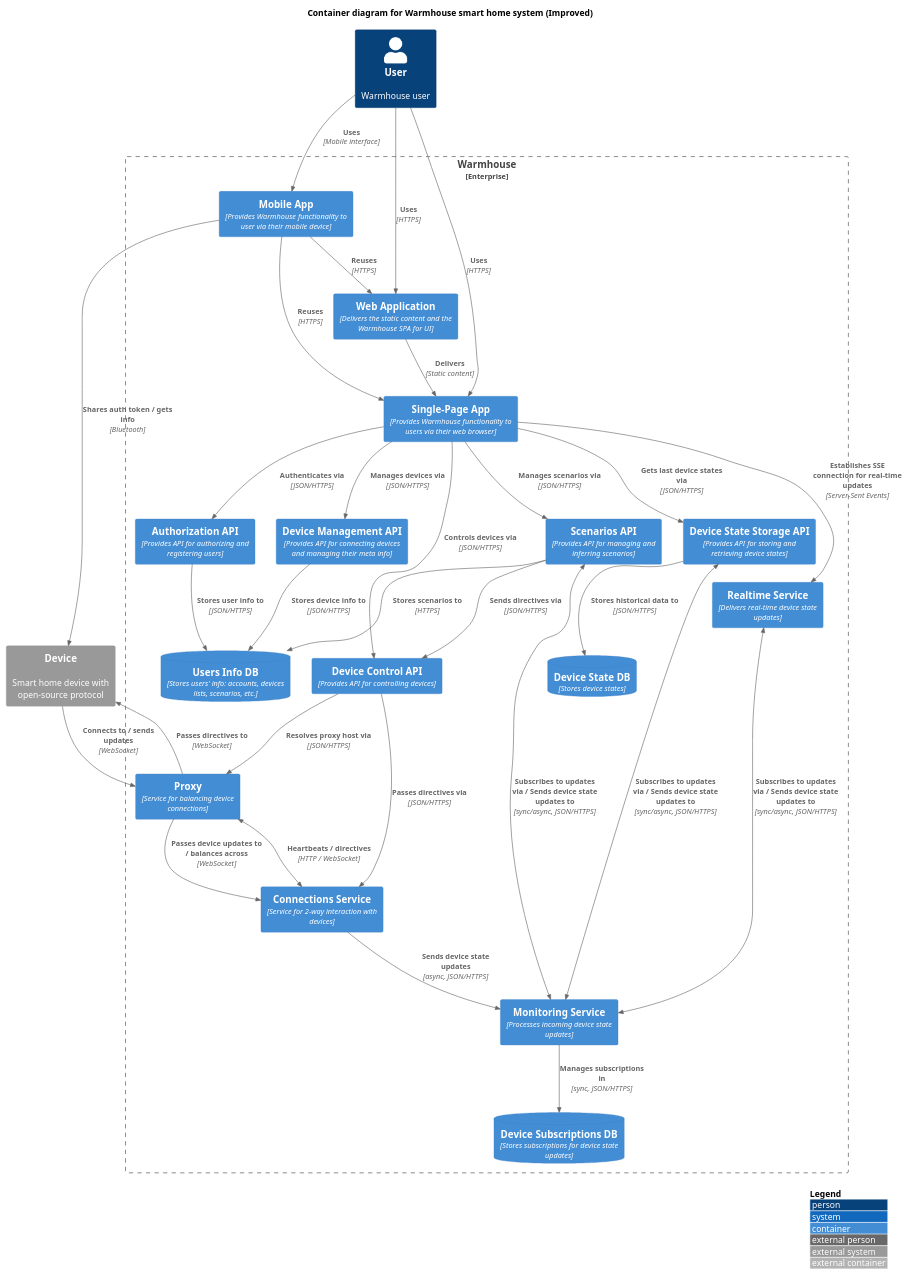
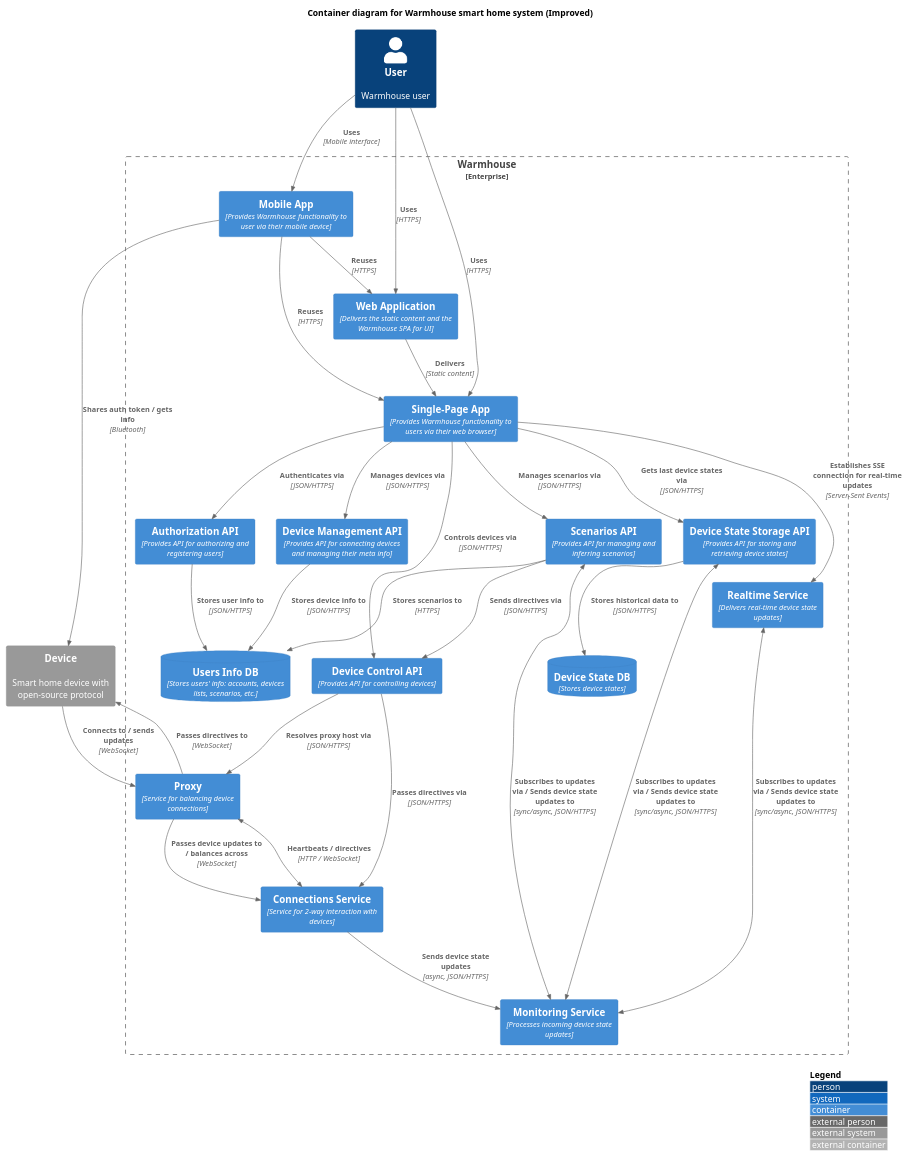
One commit to regu1yar/p1-architecture-warmhouse changed the diagram in diagrams/container/Container.puml. Above: the diagram before and after it, drawn with PlantUML. The commit also changed 9 other files, not shown here.

Commit message:
Generated component diagrams

```diff
--- a/diagrams/container/Container.puml
+++ b/diagrams/container/Container.puml
@@ -1,81 +1,78 @@
 @startuml "Container"
 
 ' !include https://raw.githubusercontent.com/plantuml-stdlib/C4-PlantUML/master/C4_Container.puml
 !include ../common/C4_Container.puml
 
 LAYOUT_WITH_LEGEND()
 
 title Container diagram for Warmhouse smart home system (Improved)
 
 Person(user, "User", "Warmhouse user")
 
 System_Ext(device, "Device", "Smart home device with open-source protocol")
 
 Enterprise_Boundary(warmhouse_boundary, "Warmhouse") {
     Container(warmhouse_mobile_app, "Mobile App", "Provides Warmhouse functionality to user via their mobile device")
     Container(warmhouse_web_app, "Web Application", "Delivers the static content and the Warmhouse SPA for UI")
     Container(warmhouse_spa, "Single-Page App", "Provides Warmhouse functionality to users via their web browser")
     
     Container(warmhouse_proxy_service, "Proxy", "Service for balancing device connections")
     Container(warmhouse_connections_service, "Connections Service", "Service for 2-way interaction with devices")
     
     Container(warmhouse_device_control_backend_api, "Device Control API", "Provides API for controlling devices")
     Container(warmhouse_scenarios_backend_api, "Scenarios API", "Provides API for managing and inferring scenarios")
     Container(warmhouse_authorization_backend_api, "Authorization API", "Provides API for authorizing and registering users")
     Container(warmhouse_device_management_backend_api, "Device Management API", "Provides API for connecting devices and managing their meta info")
 
     ContainerDb(warmhouse_users_info_db, "Users Info DB", "Stores users' info: accounts, devices lists, scenarios, etc.")
 
     Container(warmhouse_monitoring_service, "Monitoring Service", "Processes incoming device state updates")
-    ContainerDb(device_subscriptions_db, "Device Subscriptions DB", "Stores subscriptions for device state updates")
     
     Container(warmhouse_device_state_storage_backend_api, "Device State Storage API", "Provides API for storing and retrieving device states")
     ContainerDb(warmhouse_device_state_db, "Device State DB", "Stores device states")
     
     Container(warmhouse_realtime_service, "Realtime Service", "Delivers real-time device state updates")
 }
 
 Rel(user, warmhouse_web_app, "Uses", "HTTPS")
 Rel(user, warmhouse_spa, "Uses", "HTTPS")
 Rel(user, warmhouse_mobile_app, "Uses", "Mobile interface")
 
 Rel(device, warmhouse_proxy_service, "Connects to / sends updates", "WebSocket")
 
 Rel(warmhouse_mobile_app, device, "Shares auth token / gets info", "Bluetooth")
 Rel(warmhouse_mobile_app, warmhouse_web_app, "Reuses", "HTTPS")
 Rel(warmhouse_mobile_app, warmhouse_spa, "Reuses", "HTTPS")
 
 Rel(warmhouse_web_app, warmhouse_spa, "Delivers", "Static content")
 
 Rel(warmhouse_spa, warmhouse_device_control_backend_api, "Controls devices via", "JSON/HTTPS")
 Rel(warmhouse_spa, warmhouse_scenarios_backend_api, "Manages scenarios via", "JSON/HTTPS")
 Rel(warmhouse_spa, warmhouse_device_state_storage_backend_api, "Gets last device states via", "JSON/HTTPS")
 Rel(warmhouse_spa, warmhouse_realtime_service, "Establishes SSE connection for real-time updates", "Server-Sent Events")
 Rel(warmhouse_spa, warmhouse_authorization_backend_api, "Authenticates via", "JSON/HTTPS")
 Rel(warmhouse_spa, warmhouse_device_management_backend_api, "Manages devices via", "JSON/HTTPS")
 
 Rel(warmhouse_proxy_service, device, "Passes directives to", "WebSocket")
 Rel(warmhouse_proxy_service, warmhouse_connections_service, "Passes device updates to / balances across", "WebSocket")
 
 BiRel(warmhouse_connections_service, warmhouse_proxy_service, "Heartbeats / directives", "HTTP / WebSocket")
 Rel(warmhouse_connections_service, warmhouse_monitoring_service, "Sends device state updates", "async, JSON/HTTPS")
 
-Rel(warmhouse_monitoring_service, device_subscriptions_db, "Manages subscriptions in", "sync, JSON/HTTPS")
-
 Rel(warmhouse_device_control_backend_api, warmhouse_proxy_service, "Resolves proxy host via", "JSON/HTTPS")
 Rel(warmhouse_device_control_backend_api, warmhouse_connections_service, "Passes directives via", "JSON/HTTPS")
 
 Rel(warmhouse_scenarios_backend_api, warmhouse_device_control_backend_api, "Sends directives via", "JSON/HTTPS")
 Rel(warmhouse_scenarios_backend_api, warmhouse_users_info_db, "Stores scenarios to", "HTTPS")
 BiRel(warmhouse_scenarios_backend_api, warmhouse_monitoring_service, "Subscribes to updates via / Sends device state updates to", "sync/async, JSON/HTTPS")
 
 Rel(warmhouse_device_state_storage_backend_api, warmhouse_device_state_db, "Stores historical data to", "JSON/HTTPS")
 BiRel(warmhouse_device_state_storage_backend_api, warmhouse_monitoring_service, "Subscribes to updates via / Sends device state updates to", "sync/async, JSON/HTTPS")
 
 BiRel(warmhouse_realtime_service, warmhouse_monitoring_service, "Subscribes to updates via / Sends device state updates to", "sync/async, JSON/HTTPS")
 
 Rel(warmhouse_authorization_backend_api, warmhouse_users_info_db, "Stores user info to", "JSON/HTTPS")
 
 Rel(warmhouse_device_management_backend_api, warmhouse_users_info_db, "Stores device info to", "JSON/HTTPS")
 
 @enduml
```
